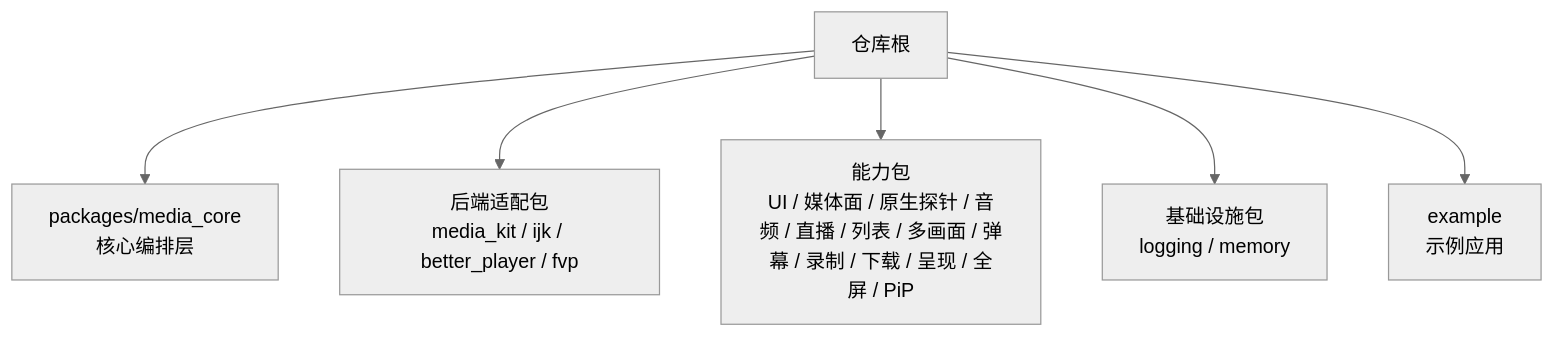
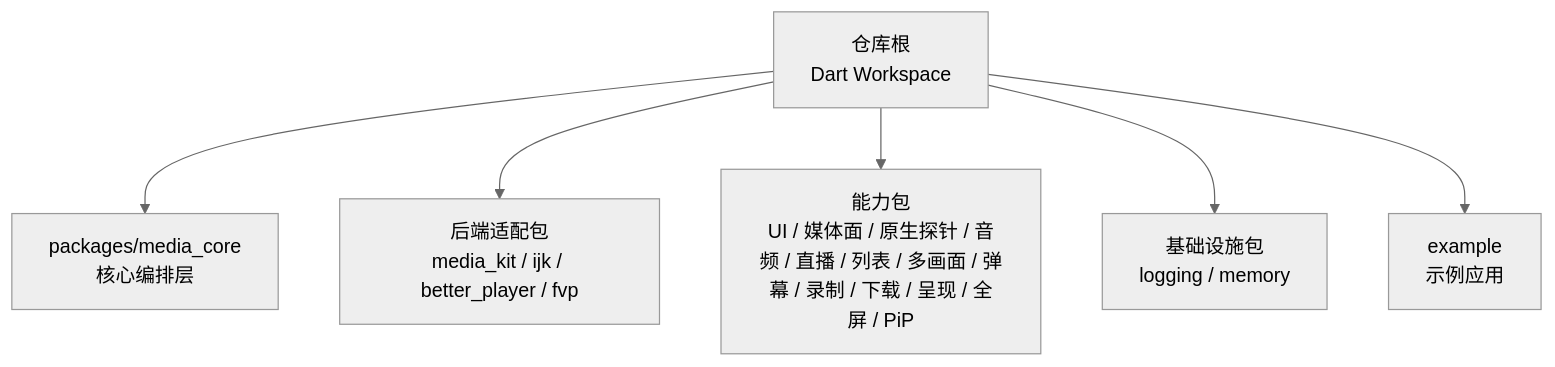
The first of 13 diagrams in .qoder/repowiki/zh/content/架构总览/架构总览.md (SSSherlocked/media_core), drawn with Mermaid (neutral theme) before and after one commit. The commit also changed other lines of this file and 6 other files, not shown here.

````diff
--- a/.qoder/repowiki/zh/content/架构总览/架构总览.md
+++ b/.qoder/repowiki/zh/content/架构总览/架构总览.md
@@ -49,8 +56,8 @@
 ```mermaid
 graph TB
-Root["仓库根"] --> Core["packages/media_core<br/>核心编排层"]
+Root["仓库根<br/>Dart Workspace"] --> Core["packages/media_core<br/>核心编排层"]
 Root --> Adapters["后端适配包<br/>media_kit / ijk / better_player / fvp"]
 Root --> Capabilities["能力包<br/>UI / 媒体面 / 原生探针 / 音频 / 直播 / 列表 / 多画面 / 弹幕 / 录制 / 下载 / 呈现 / 全屏 / PiP"]
 Root --> Infra["基础设施包<br/>logging / memory"]
 Root --> Example["example<br/>示例应用"]
 ```
````
